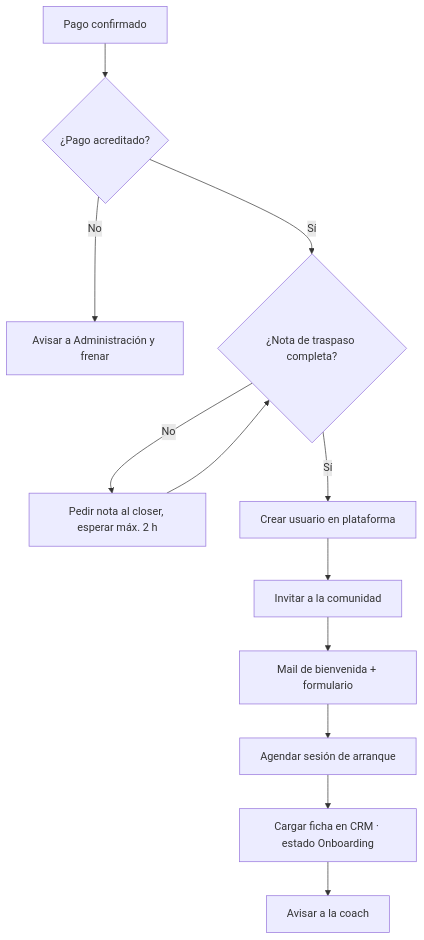
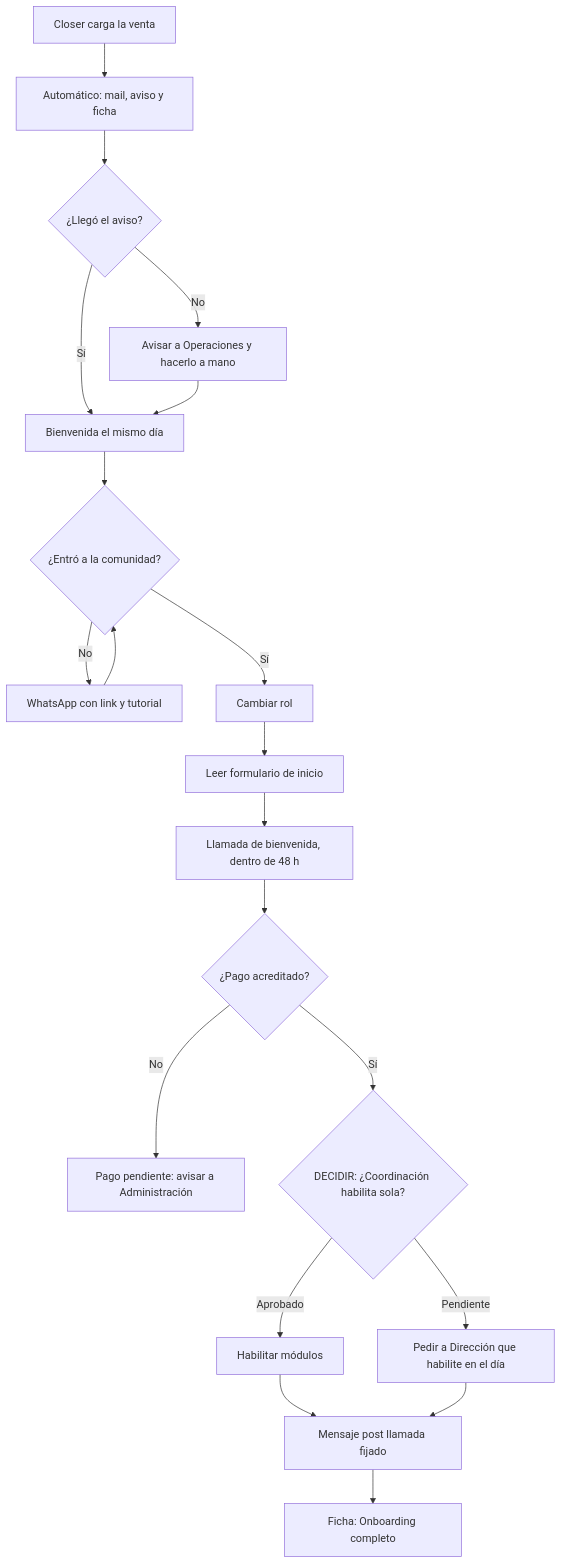
One commit to mgo-macarenagalindo/realops-skills changed the diagram in skills/constructor-sop-infonegocio/ejemplo-de-output.md. Above: the diagram before and after it, drawn with Mermaid. The commit also changed other lines of this file and 296 other files, not shown here.

````diff
--- a/skills/constructor-sop-infonegocio/ejemplo-de-output.md
+++ b/skills/constructor-sop-infonegocio/ejemplo-de-output.md
@@ -53,14 +175,22 @@
 ```mermaid
 flowchart TD
-    A[Pago confirmado] --> B{¿Pago acreditado?}
-    B -->|No| C[Avisar a Administración y frenar]
-    B -->|Sí| D{¿Nota de traspaso completa?}
-    D -->|No| E[Pedir nota al closer, esperar máx. 2 h]
-    E --> D
-    D -->|Sí| F[Crear usuario en plataforma]
-    F --> G[Invitar a la comunidad]
-    G --> H[Mail de bienvenida + formulario]
-    H --> I[Agendar sesión de arranque]
-    I --> J[Cargar ficha en CRM · estado Onboarding]
-    J --> K[Avisar a la coach]
+    A[Closer carga la venta] --> B[Automático: mail, aviso y ficha]
+    B --> C{¿Llegó el aviso?}
+    C -->|No| D[Avisar a Operaciones y hacerlo a mano]
+    C -->|Sí| E[Bienvenida el mismo día]
+    D --> E
+    E --> F{¿Entró a la comunidad?}
+    F -->|No| G[WhatsApp con link y tutorial]
+    G --> F
+    F -->|Sí| H[Cambiar rol]
+    H --> I[Leer formulario de inicio]
+    I --> J[Llamada de bienvenida, dentro de 48 h]
+    J --> K{¿Pago acreditado?}
+    K -->|No| L[Pago pendiente: avisar a Administración]
+    K -->|Sí| M{DECIDIR: ¿Coordinación habilita sola?}
+    M -->|Aprobado| N[Habilitar módulos]
+    M -->|Pendiente| O[Pedir a Dirección que habilite en el día]
+    N --> P[Mensaje post llamada fijado]
+    O --> P
+    P --> Q[Ficha: Onboarding completo]
 ```
````
